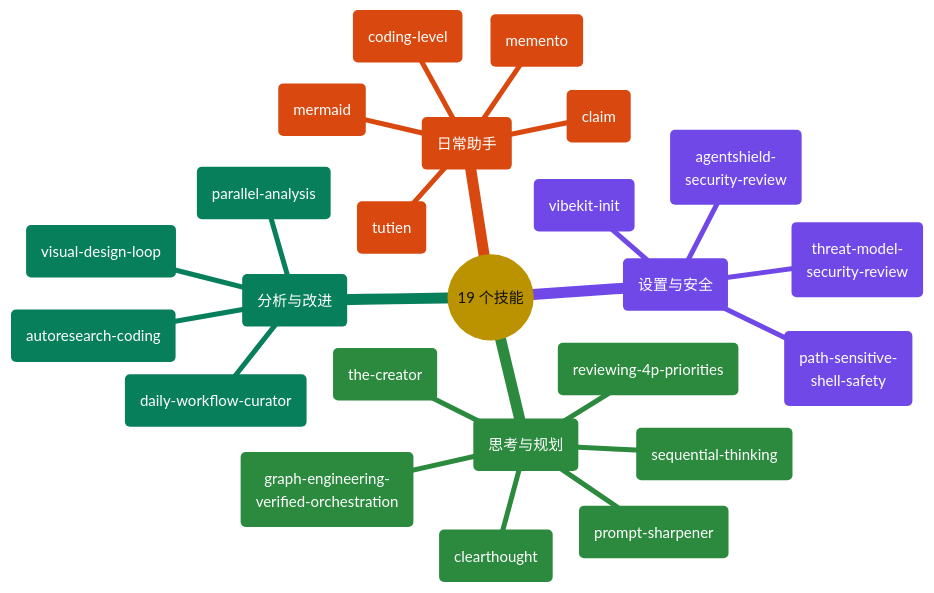
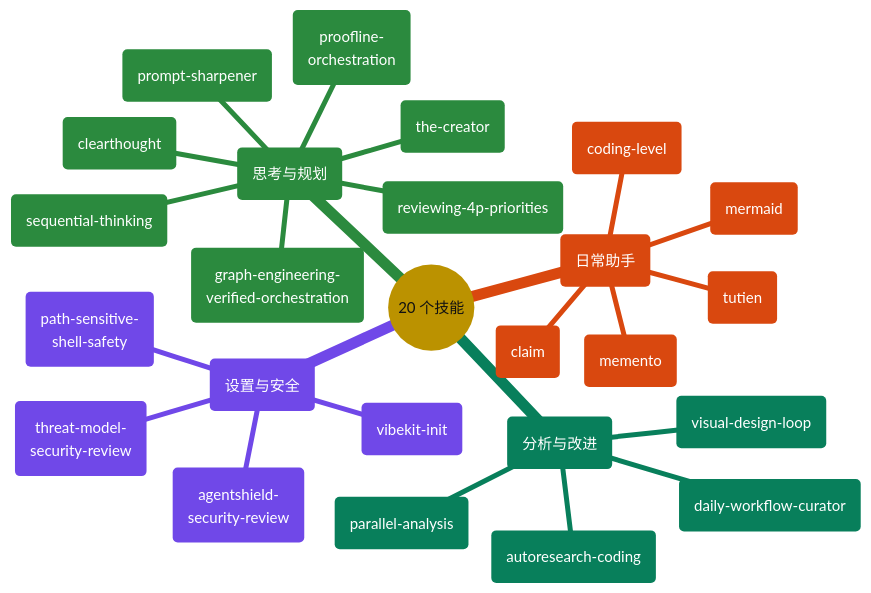
Before and after one commit to giang6283623/minimal-vibe-coding-kit: the fifth of 9 diagrams in docs/README.zh-CN.md, drawn with Mermaid. The commit also changed other lines of this file and 105 other files, not shown here.

Commit message:
feat: add Proofline orchestration and release v0.5.7

````diff
--- a/docs/README.zh-CN.md
+++ b/docs/README.zh-CN.md
@@ -346,60 +347,61 @@
 ```mermaid
 ---
 config:
   theme: base
   themeCSS: >-
     .mindmap-node:not(.section-root):not(.section--1) text,
     .mindmap-node:not(.section-root):not(.section--1) tspan
     { fill: #FFFFFF !important; }
     .mindmap-node:not(.section-root):not(.section--1) div,
     .mindmap-node:not(.section-root):not(.section--1) span,
     .mindmap-node:not(.section-root):not(.section--1) p
     { color: #FFFFFF !important; }
   themeVariables:
     darkMode: false
     fontFamily: cascadia mono, consolas, noto sans mono, menlo, monospace
     fontSize: 15px
     lineColor: "#888888"
     textColor: "#111111"
     primaryColor: "#FFD43B"
     primaryTextColor: "#111111"
     primaryBorderColor: "#444444"
     cScale0: "#1971C2"
     cScale1: "#7048E8"
     cScale2: "#2B8A3E"
     cScale3: "#087F5B"
     cScale4: "#D9480F"
     cScale5: "#C2255C"
     cScaleLabel0: "#FFFFFF"
     cScaleLabel1: "#FFFFFF"
     cScaleLabel2: "#FFFFFF"
     cScaleLabel3: "#FFFFFF"
     cScaleLabel4: "#FFFFFF"
     cScaleLabel5: "#FFFFFF"
 ---
 mindmap
-  root(("19 个技能"))
+  root(("20 个技能"))
     setup("设置与安全")
       s1("vibekit-init")
       s2("agentshield-<br/>security-review")
       s3("path-sensitive-<br/>shell-safety")
       s4("threat-model-<br/>security-review")
     think("思考与规划")
       t1("clearthought")
       t2("sequential-thinking")
       t3("prompt-sharpener")
       t4("reviewing-4p-priorities")
       t5("graph-engineering-<br/>verified-orchestration")
       t6("the-creator")
+      t7("proofline-<br/>orchestration")
     analyze("分析与改进")
       a1("parallel-analysis")
       a2("autoresearch-coding")
       a3("daily-workflow-curator")
       a4("visual-design-loop")
     helpers("日常助手")
       h1("memento")
       h2("coding-level")
       h3("mermaid")
       h4("claim")
       h5("tutien")
 ```
````
